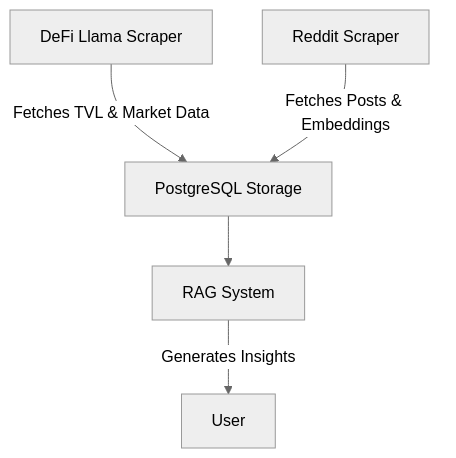
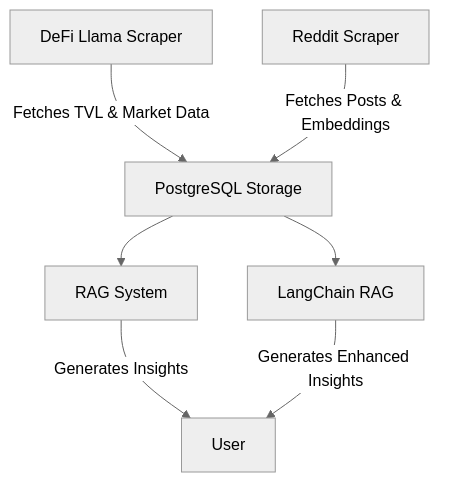
One commit to tchris140/crypto-data-engineering changed the diagram in README.md. Above: the diagram before and after it, drawn with Mermaid (neutral theme). The commit also changed other lines of this file and 9 other files, not shown here.

Commit message:
Add LangChain RAG implementation with interactive example, migration utility, and Docker support

````diff
--- a/README.md
+++ b/README.md
@@ -155,7 +291,9 @@
 ```mermaid
 graph TD;
     A[DeFi Llama Scraper] -->|Fetches TVL & Market Data| B[PostgreSQL Storage];
     C[Reddit Scraper] -->|Fetches Posts & Embeddings| B;
     B --> D[RAG System];
-    D -->|Generates Insights| E[User];
+    B --> E[LangChain RAG];
+    D -->|Generates Insights| F[User];
+    E -->|Generates Enhanced Insights| F;
 ```
````
